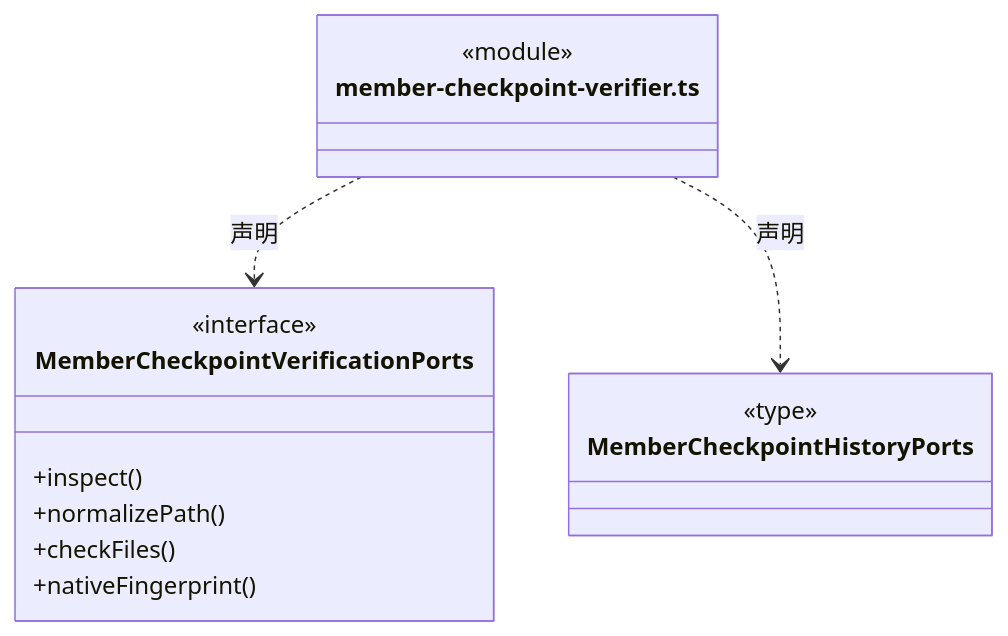
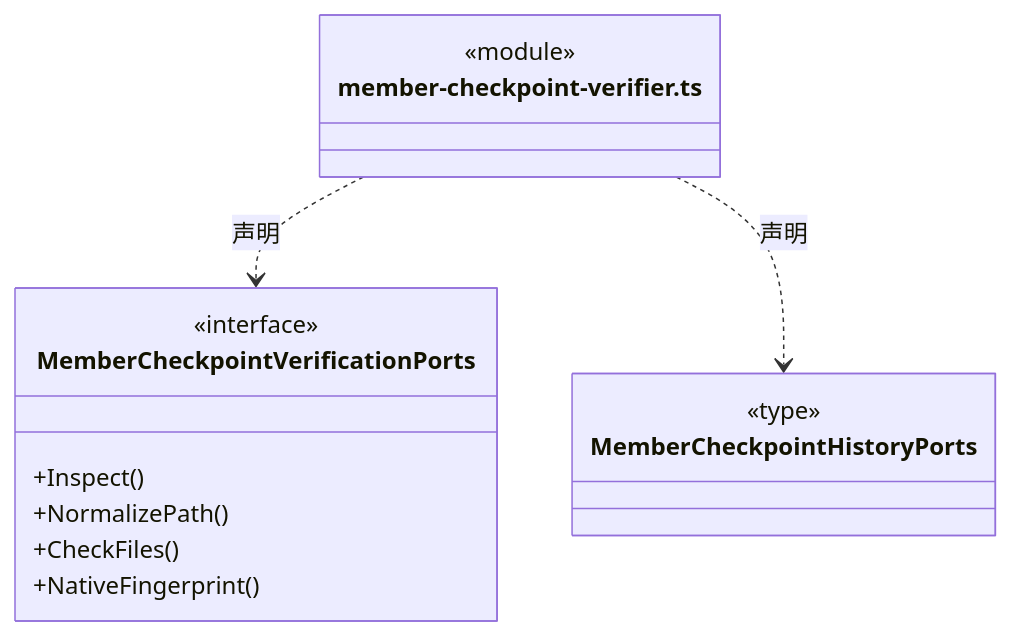
Before and after one commit to nan023062/cbim: the fourth of 16 diagrams in src/logic/team/runtime/ARCHITECTURE.md, drawn with Mermaid. The commit also changed other lines of this file and 1035 other files, not shown here.

````diff
--- a/src/logic/team/runtime/ARCHITECTURE.md
+++ b/src/logic/team/runtime/ARCHITECTURE.md
@@ -75,19 +75,19 @@
 ```mermaid
 classDiagram
 class N_src_logic_team_runtime_member_checkpoint_verifier_ts["member-checkpoint-verifier.ts"] {
   <<module>>
 }
 class N_src_logic_team_runtime_member_checkpoint_verifier_ts_MemberCheckpointVerificationPorts["MemberCheckpointVerificationPorts"] {
   <<interface>>
-  +inspect()
-  +normalizePath()
-  +checkFiles()
-  +nativeFingerprint()
+  +Inspect()
+  +NormalizePath()
+  +CheckFiles()
+  +NativeFingerprint()
 }
 N_src_logic_team_runtime_member_checkpoint_verifier_ts ..> N_src_logic_team_runtime_member_checkpoint_verifier_ts_MemberCheckpointVerificationPorts : 声明
 class N_src_logic_team_runtime_member_checkpoint_verifier_ts_MemberCheckpointHistoryPorts["MemberCheckpointHistoryPorts"] {
   <<type>>
 
 }
 N_src_logic_team_runtime_member_checkpoint_verifier_ts ..> N_src_logic_team_runtime_member_checkpoint_verifier_ts_MemberCheckpointHistoryPorts : 声明
 ```
````
